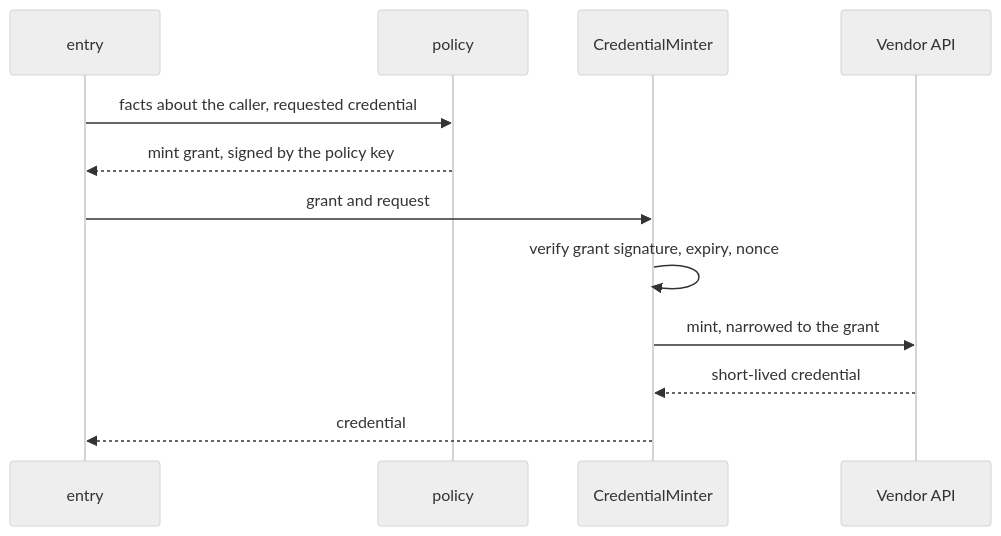
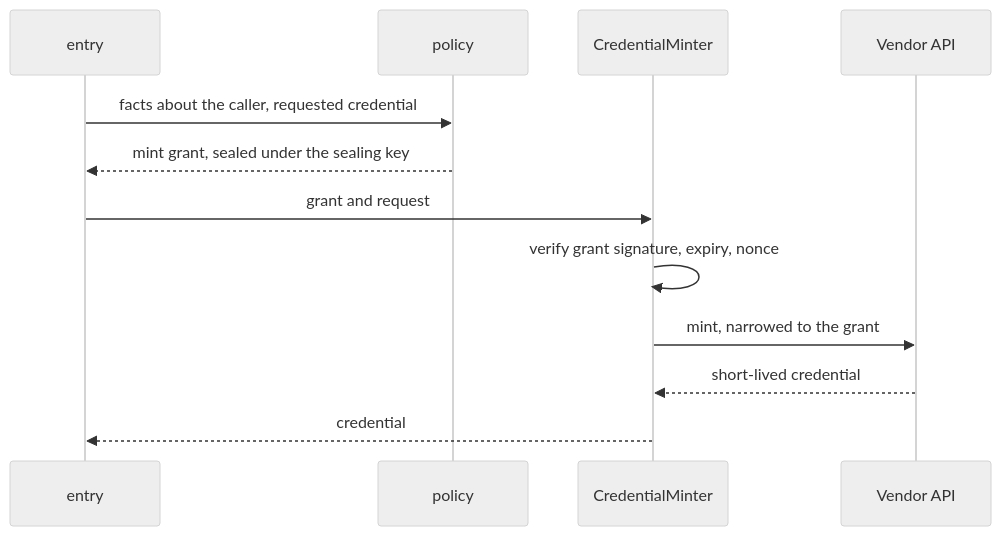
Before and after one commit to truvity/sluis: the diagram in docs/concepts/integrations.md, drawn with Mermaid (neutral theme). The commit also changed other lines of this file and 33 other files, not shown here.

````diff
--- a/docs/concepts/integrations.md
+++ b/docs/concepts/integrations.md
@@ -40,14 +40,14 @@
 ```mermaid
 sequenceDiagram
   participant C as entry
   participant P as policy
   participant M as CredentialMinter
   participant V as Vendor API
   C->>P: facts about the caller, requested credential
-  P-->>C: mint grant, signed by the policy key
+  P-->>C: mint grant, sealed under the sealing key
   C->>M: grant and request
   M->>M: verify grant signature, expiry, nonce
   M->>V: mint, narrowed to the grant
   V-->>M: short-lived credential
   M-->>C: credential
 ```
````
